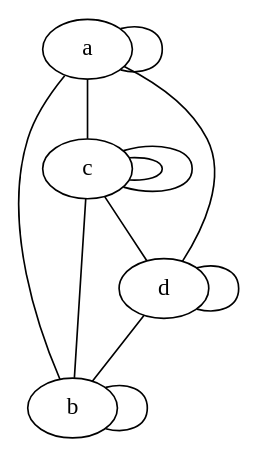
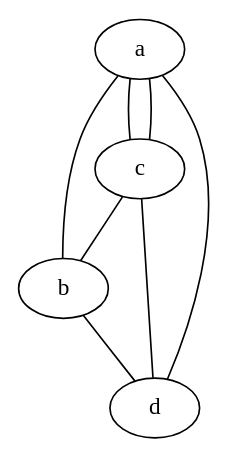
Before and after one commit to hideaki-san/grafos: the diagram in fundamentos_grafos/completok4.dot, drawn with Graphviz. The commit also changed 1 other file, not shown here.

```diff
--- a/fundamentos_grafos/completok4.dot
+++ b/fundamentos_grafos/completok4.dot
@@ -1,14 +1,10 @@
 graph
   {
   a -- b;
   a -- c;
+  c -- d;
+  b -- d;
+  c -- b;
   a -- d;
-  c -- b;
-  c -- d;
-  d -- b;
-  a -- a;
-  c -- c;
-  c -- c;
-  b -- b;
-  d -- d;
+  a -- c;
   }
```
